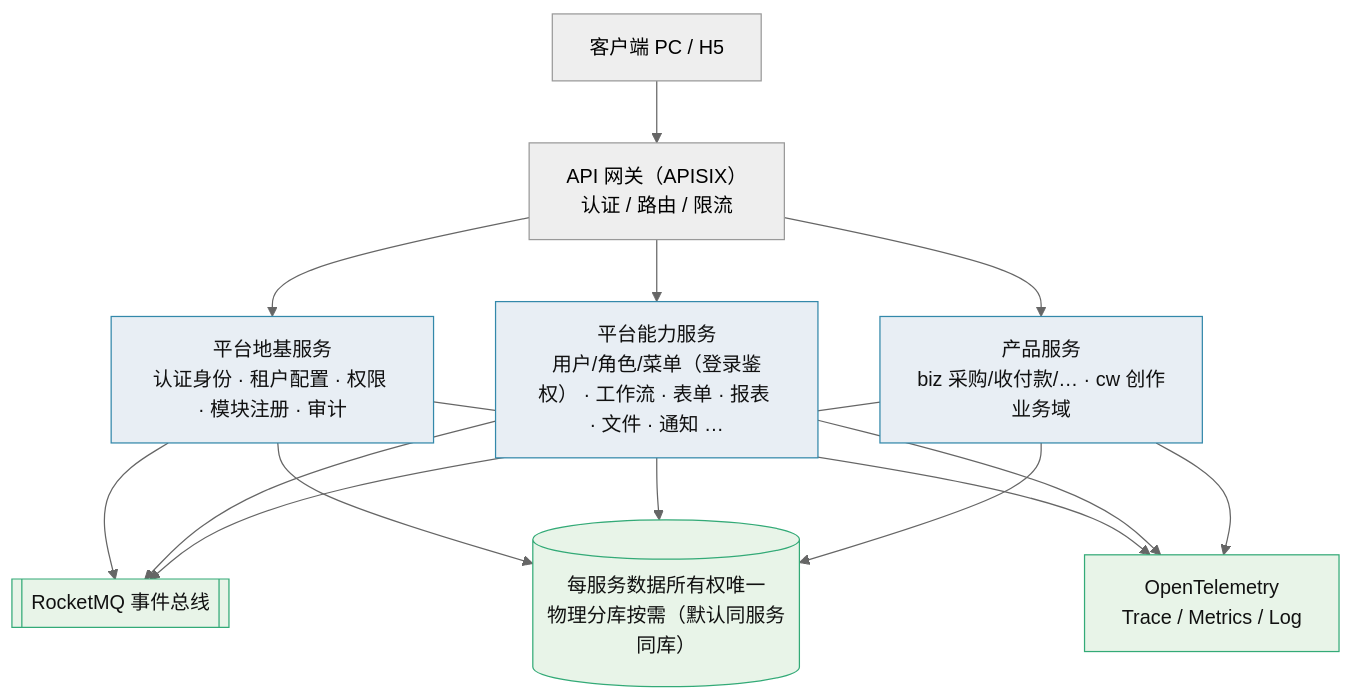
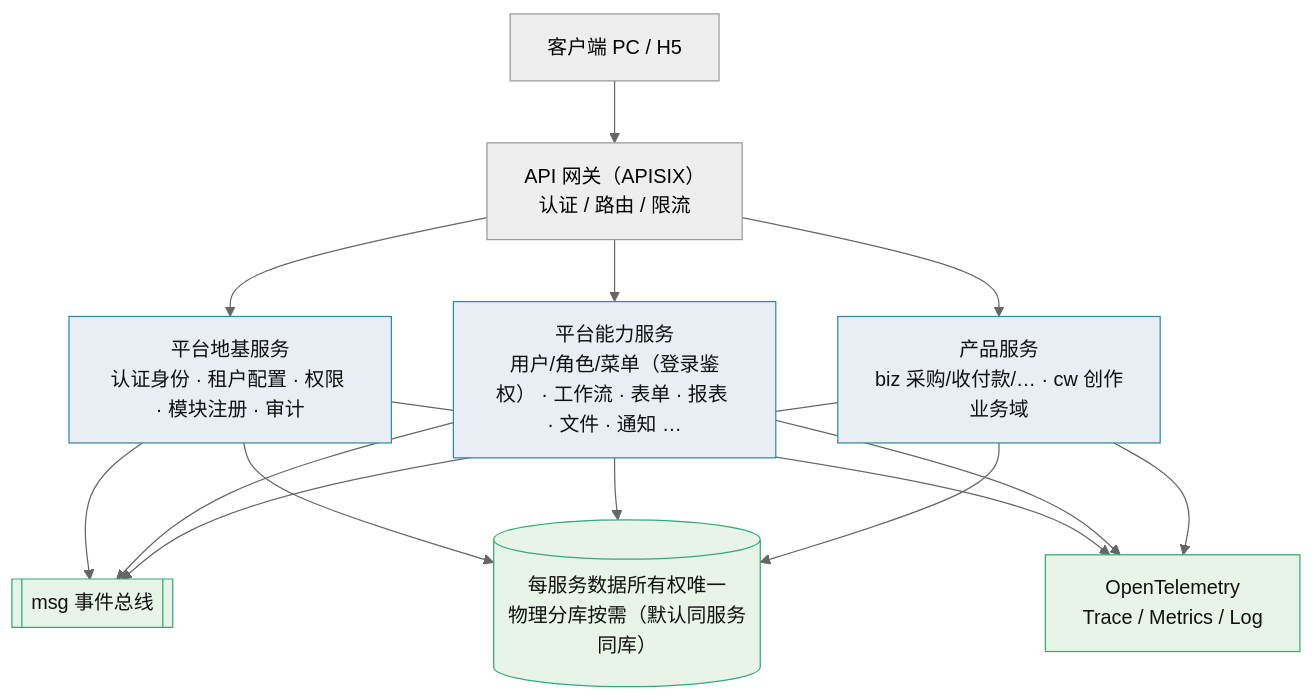
The diagram in bms文档/规划/微服务演进规划.md (minjian123/basic-management-system), drawn with Mermaid (neutral theme) before and after one commit. The commit also changed other lines of this file and 5 other files, not shown here.

````diff
--- a/bms文档/规划/微服务演进规划.md
+++ b/bms文档/规划/微服务演进规划.md
@@ -57,14 +57,14 @@
 ```mermaid
 flowchart TB
     C[客户端 PC / H5] --> GW["API 网关（APISIX）<br/>认证 / 路由 / 限流"]
     GW --> G["平台地基服务<br/>认证身份 · 租户配置 · 权限 · 模块注册 · 审计"]
     GW --> B["平台能力服务<br/>用户/角色/菜单（登录鉴权） · 工作流 · 表单 · 报表 · 文件 · 通知 …"]
     GW --> P["产品服务<br/>biz 采购/收付款/… · cw 创作业务域"]
-    G & B & P --> MQ[["RocketMQ 事件总线"]]
+    G & B & P --> MQ[["msg 事件总线"]]
     G & B & P --> DB[("每服务数据所有权唯一<br/>物理分库按需（默认同服务同库）")]
     G & B & P --> OBS["OpenTelemetry<br/>Trace / Metrics / Log"]
     classDef svc fill:#e8eef4,stroke:#38a,color:#111
     classDef ext fill:#e8f4e8,stroke:#3a7,color:#111
     class G,B,P svc
     class MQ,DB,OBS ext
 ```
````
